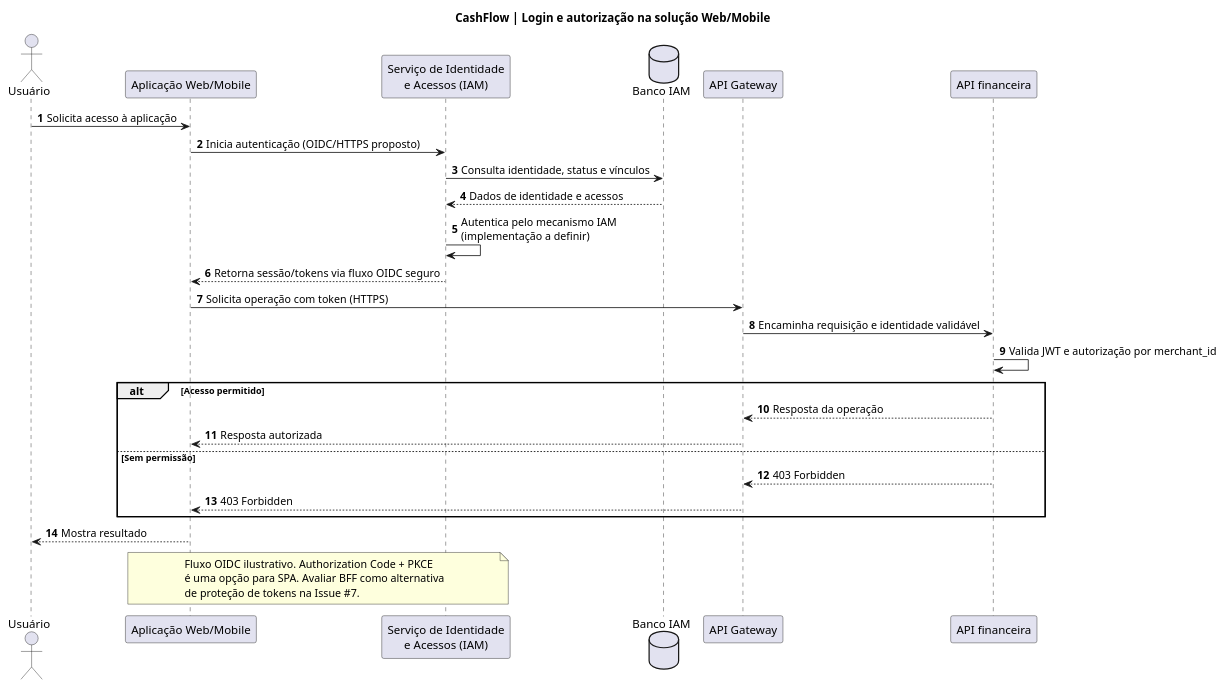
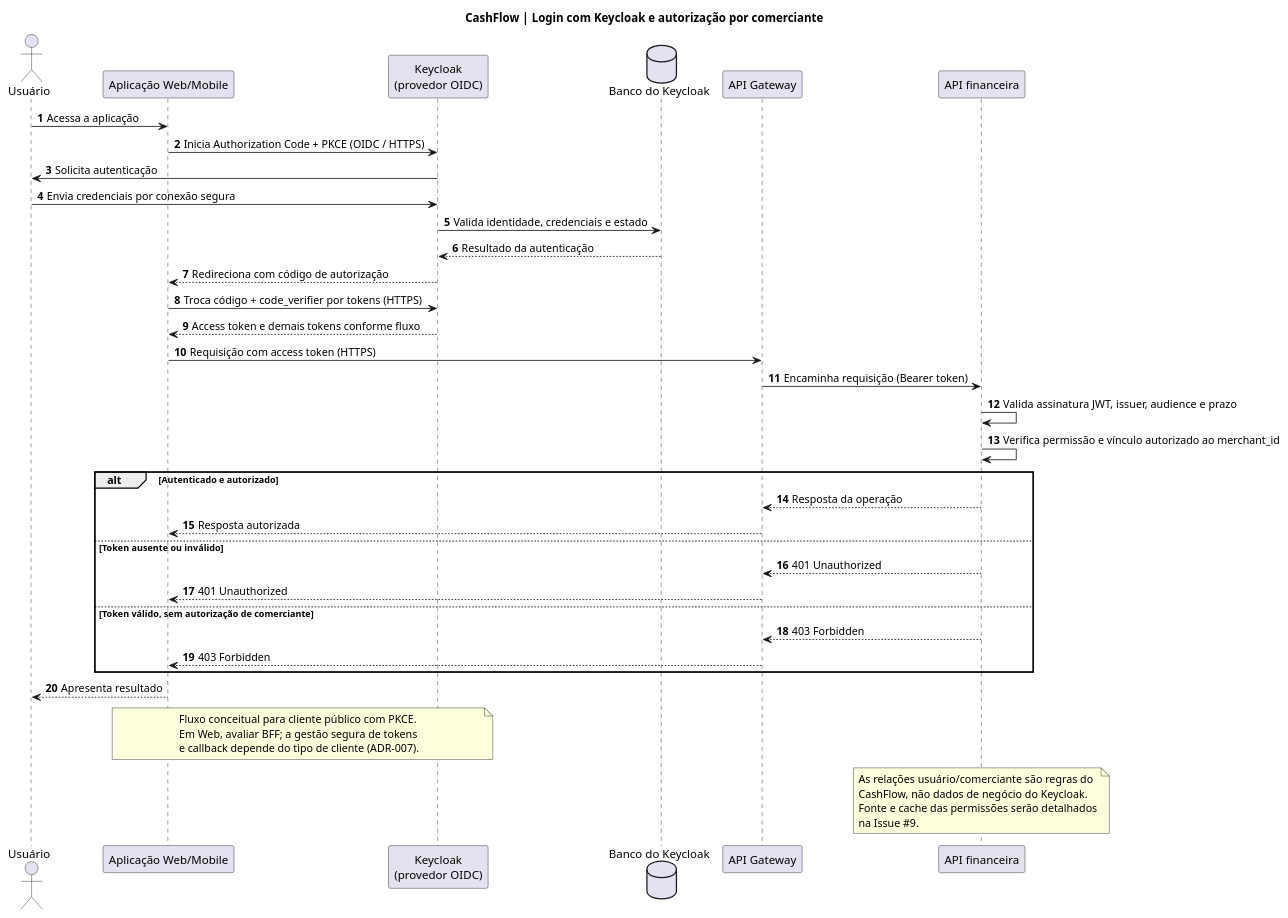
Before and after one commit to wolwerr/CashFlow-Architecture: the diagram in docs/architecture/plantuml/sequence-auth.puml, drawn with PlantUML.

Commit message:
docs(architecture): adopt Keycloak and align IAM model, flows and ADR-006 (#7)

```diff
--- a/docs/architecture/plantuml/sequence-auth.puml
+++ b/docs/architecture/plantuml/sequence-auth.puml
@@ -1,32 +1,45 @@
 @startuml CashFlow_Authentication
-title CashFlow | Login e autorização na solução Web/Mobile
+title CashFlow | Login com Keycloak e autorização por comerciante
 autonumber
 actor "Usuário" as U
 participant "Aplicação Web/Mobile" as W
-participant "Serviço de Identidade\ne Acessos (IAM)" as IAM
-database "Banco IAM" as DB
+participant "Keycloak\n(provedor OIDC)" as KC
+database "Banco do Keycloak" as DB
 participant "API Gateway" as G
 participant "API financeira" as API
-U -> W: Solicita acesso à aplicação
-W -> IAM: Inicia autenticação (OIDC/HTTPS proposto)
-IAM -> DB: Consulta identidade, status e vínculos
-DB --> IAM: Dados de identidade e acessos
-IAM -> IAM: Autentica pelo mecanismo IAM\n(implementação a definir)
-IAM --> W: Retorna sessão/tokens via fluxo OIDC seguro
-W -> G: Solicita operação com token (HTTPS)
-G -> API: Encaminha requisição e identidade validável
-API -> API: Valida JWT e autorização por merchant_id
-alt Acesso permitido
+U -> W: Acessa a aplicação
+W -> KC: Inicia Authorization Code + PKCE (OIDC / HTTPS)
+KC -> U: Solicita autenticação
+U -> KC: Envia credenciais por conexão segura
+KC -> DB: Valida identidade, credenciais e estado
+DB --> KC: Resultado da autenticação
+KC --> W: Redireciona com código de autorização
+W -> KC: Troca código + code_verifier por tokens (HTTPS)
+KC --> W: Access token e demais tokens conforme fluxo
+W -> G: Requisição com access token (HTTPS)
+G -> API: Encaminha requisição (Bearer token)
+API -> API: Valida assinatura JWT, issuer, audience e prazo
+API -> API: Verifica permissão e vínculo autorizado ao merchant_id
+alt Autenticado e autorizado
   API --> G: Resposta da operação
   G --> W: Resposta autorizada
-else Sem permissão
+else Token ausente ou inválido
+  API --> G: 401 Unauthorized
+  G --> W: 401 Unauthorized
+else Token válido, sem autorização de comerciante
   API --> G: 403 Forbidden
   G --> W: 403 Forbidden
 end
-W --> U: Mostra resultado
-note over W,IAM
-Fluxo OIDC ilustrativo. Authorization Code + PKCE
-é uma opção para SPA. Avaliar BFF como alternativa
-de proteção de tokens na Issue #7.
+W --> U: Apresenta resultado
+note over W,KC
+Fluxo conceitual para cliente público com PKCE.
+Em Web, avaliar BFF; a gestão segura de tokens
+e callback depende do tipo de cliente (ADR-007).
+end note
+note over API
+As relações usuário/comerciante são regras do
+CashFlow, não dados de negócio do Keycloak.
+Fonte e cache das permissões serão detalhados
+na Issue #9.
 end note
 @enduml
```
